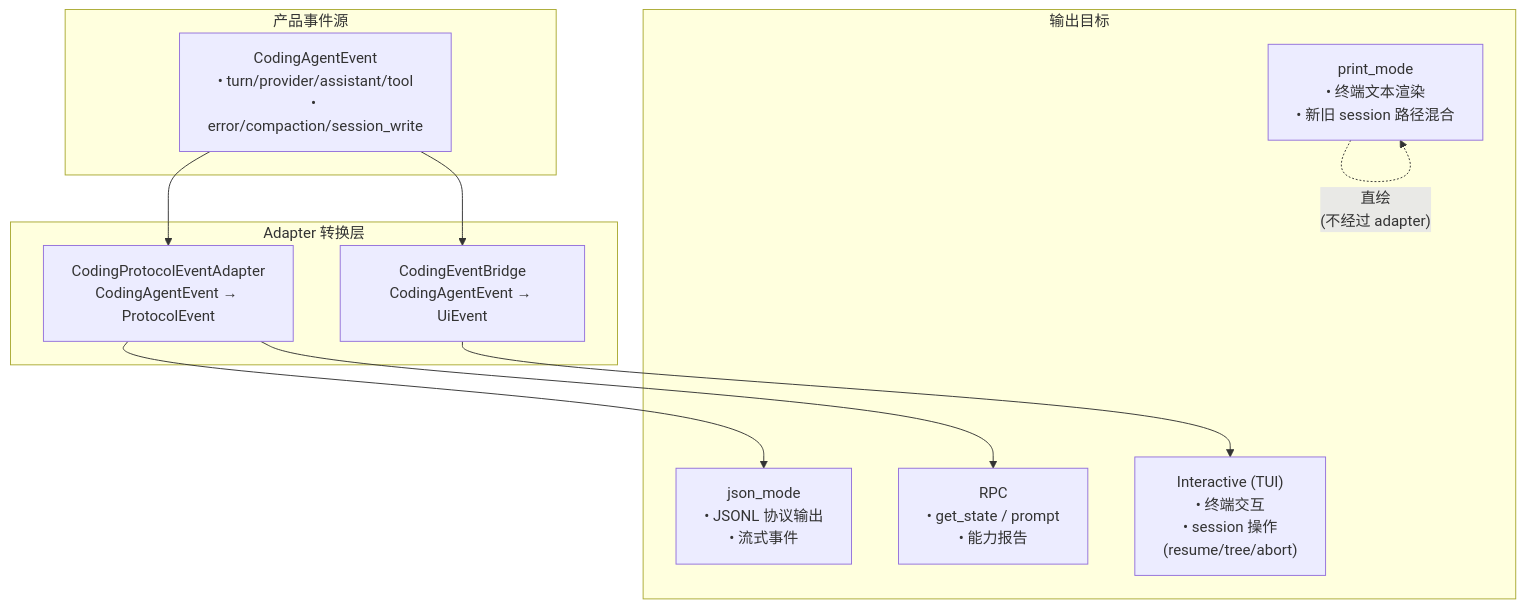
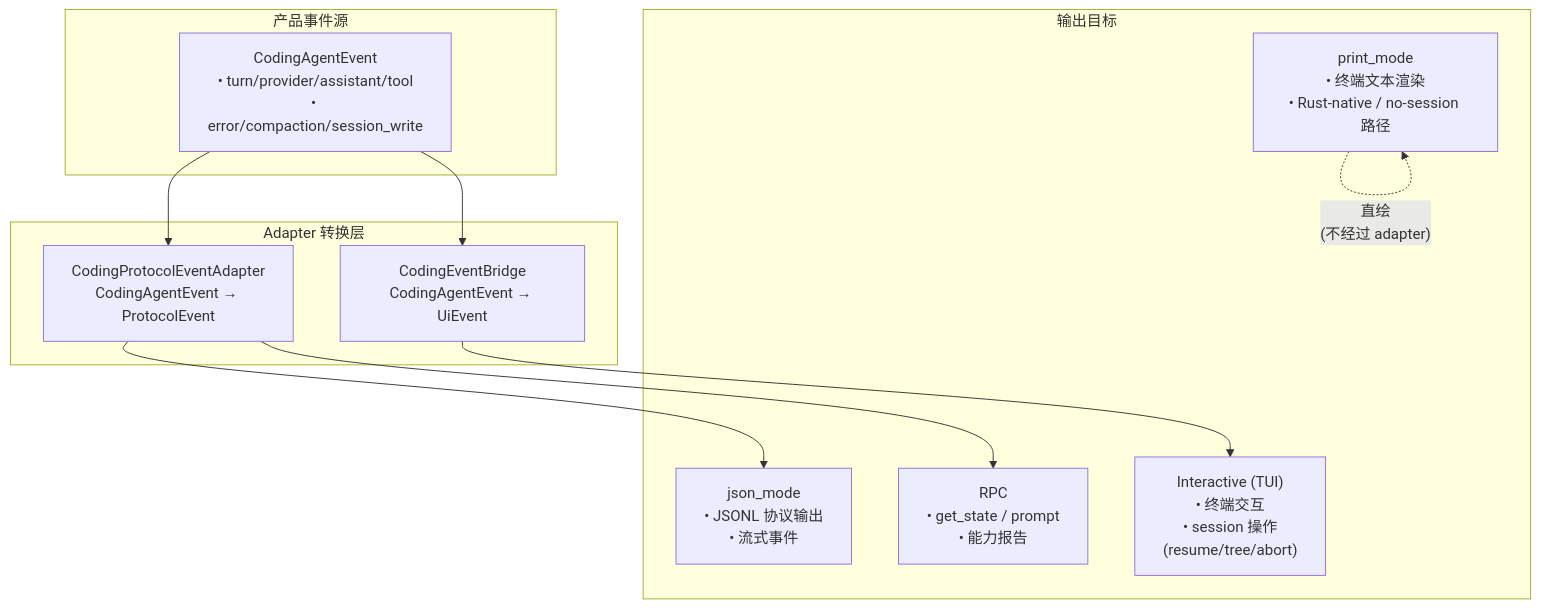
The ninth of 12 diagrams in docs/superpowers/ARCHITECTURE.md (denislov/pi-rust), drawn with Mermaid before and after one commit. The commit also changed other lines of this file and 4 other files, not shown here.

Commit message:
docs: align roadmap with rust-native session architecture

````diff
--- a/docs/superpowers/ARCHITECTURE.md
+++ b/docs/superpowers/ARCHITECTURE.md
@@ -511,27 +511,27 @@
 ```mermaid
 graph TB
     subgraph sources["产品事件源"]
         CAE["CodingAgentEvent<br/>• turn/provider/assistant/tool<br/>• error/compaction/session_write"]
     end
 
     subgraph adapters_layer["Adapter 转换层"]
         PA["CodingProtocolEventAdapter<br/>CodingAgentEvent → ProtocolEvent"]
         EB["CodingEventBridge<br/>CodingAgentEvent → UiEvent"]
     end
 
     subgraph outputs["输出目标"]
-        PM["print_mode<br/>• 终端文本渲染<br/>• 新旧 session 路径混合"]
+        PM["print_mode<br/>• 终端文本渲染<br/>• Rust-native / no-session 路径"]
         JM["json_mode<br/>• JSONL 协议输出<br/>• 流式事件"]
         RPC_OUT["RPC<br/>• get_state / prompt<br/>• 能力报告"]
         TUI["Interactive (TUI)<br/>• 终端交互<br/>• session 操作<br/>(resume/tree/abort)"]
     end
 
     CAE --> PA
     CAE --> EB
 
     PA --> JM
     PA --> RPC_OUT
     EB --> TUI
 
     PM -.->|"直绘<br/>(不经过 adapter)"| PM
 ```
````
